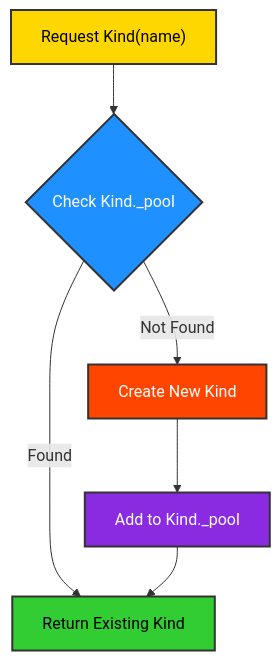
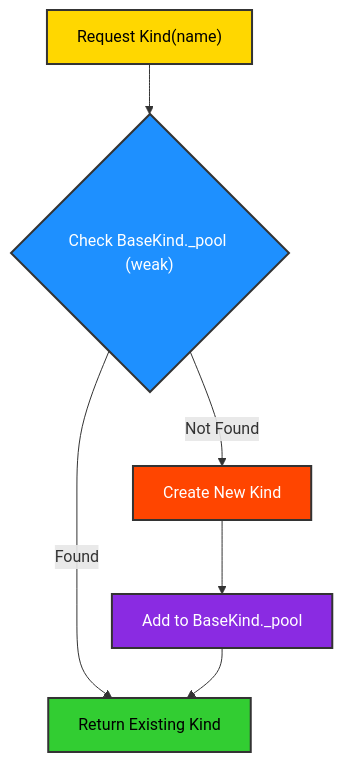
The first of 4 diagrams in docs/topics/9_performance/index.md (ikko/kind), drawn with Mermaid before and after one commit. The commit also changed other lines of this file and 62 other files, not shown here.

````diff
--- a/docs/topics/9_performance/index.md
+++ b/docs/topics/9_performance/index.md
@@ -45,14 +47,14 @@
 ```mermaid
 graph TD
-    A[Request Kind&#40name&#41] --> B{Check Kind._pool};
+    A[Request Kind&#40name&#41] --> B{Check BaseKind._pool #40;weak#41;};
     B -- "Found" --> C[Return Existing Kind];
     B -- "Not Found" --> D[Create New Kind];
-    D --> E[Add to Kind._pool];
+    D --> E[Add to BaseKind._pool];
     E --> C;
 
     style A fill:#FFD700,stroke:#333,stroke-width:2px,color:#000000;
     style B fill:#1E90FF,stroke:#333,stroke-width:2px,color:#FFFFFF;
     style C fill:#32CD32,stroke:#333,stroke-width:2px,color:#000000;
     style D fill:#FF4500,stroke:#333,stroke-width:2px,color:#FFFFFF;
     style E fill:#8A2BE2,stroke:#333,stroke-width:2px,color:#FFFFFF;
 ```
````
